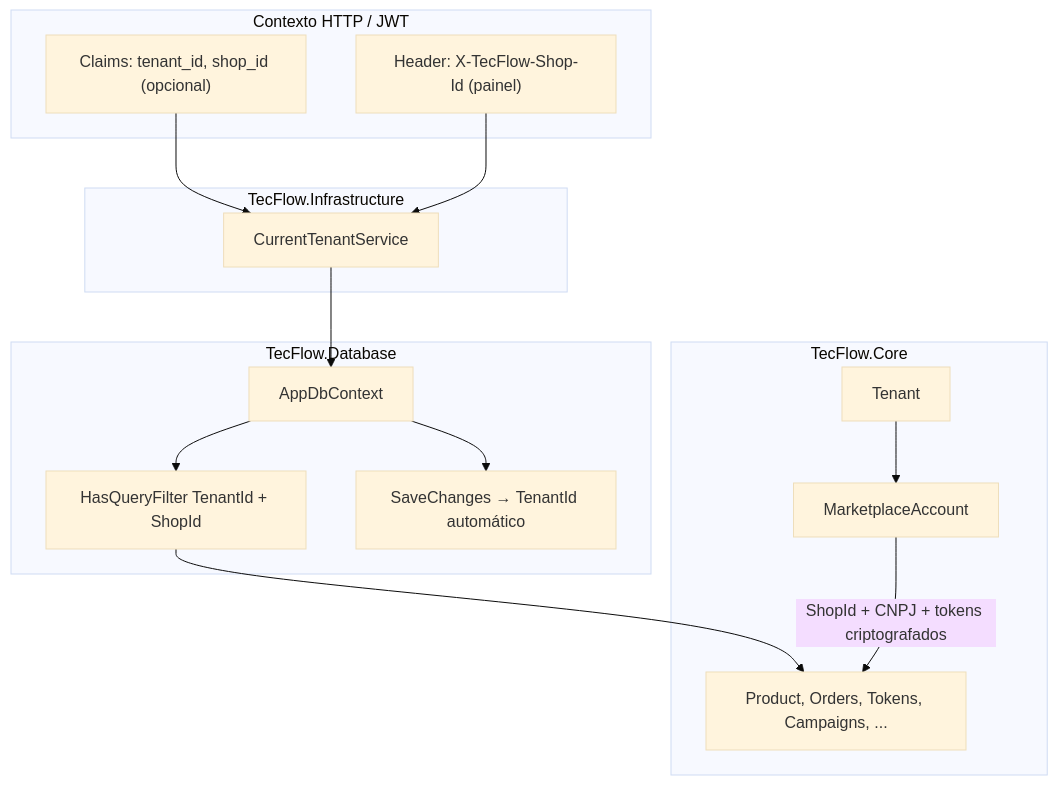
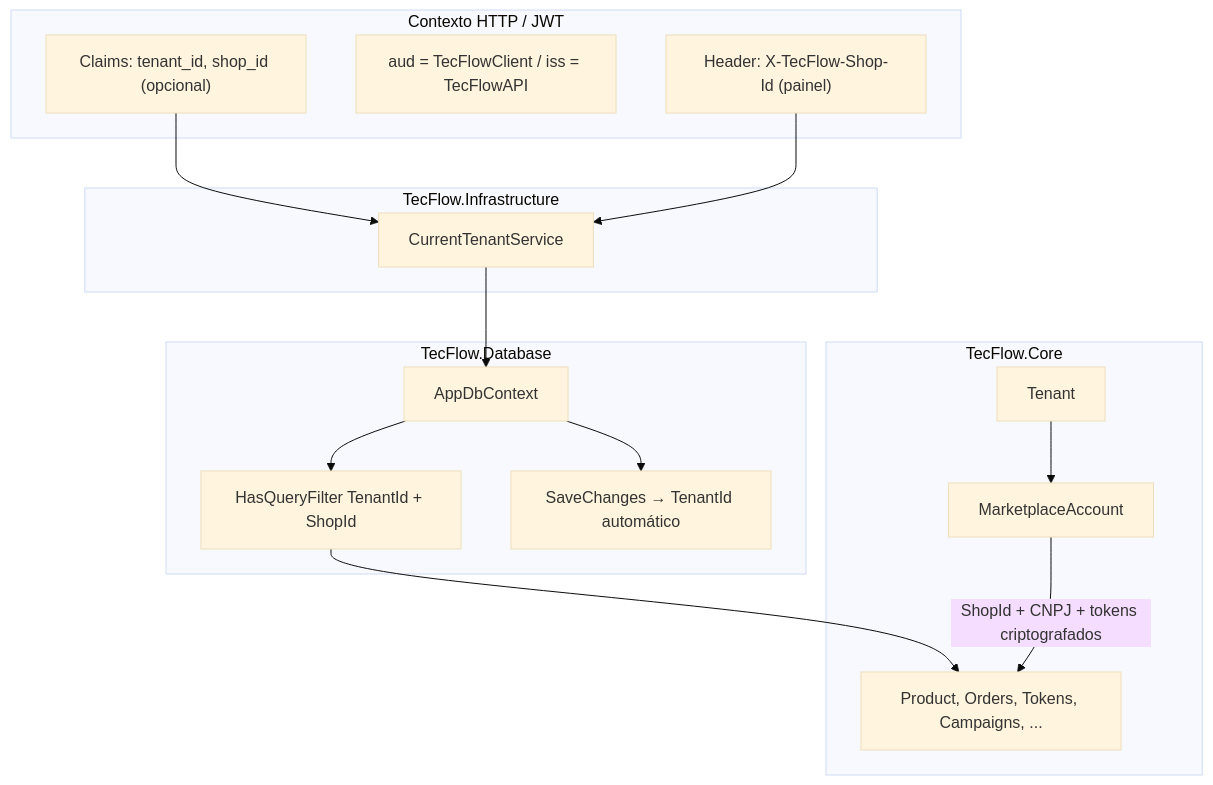
One commit to ronyaraujodeveloper/TecFlow changed diagram 15 of 16 in docs/DIAGRAMAS_ARQUITETURA.md. Above: the diagram before and after it, drawn with Mermaid (base theme). The commit also changed 13 other files, not shown here.

Commit message:
fix(api): aceita audience JWT TecFlowClient no Bearer

````diff
--- a/docs/DIAGRAMAS_ARQUITETURA.md
+++ b/docs/DIAGRAMAS_ARQUITETURA.md
@@ -1089,32 +1089,33 @@
 ```mermaid
 flowchart TB
   subgraph JWT["Contexto HTTP / JWT"]
     Claims["Claims: tenant_id, shop_id (opcional)"]
+    Aud["aud = TecFlowClient / iss = TecFlowAPI"]
     Header["Header: X-TecFlow-Shop-Id (painel)"]
   end
 
   subgraph Infra["TecFlow.Infrastructure"]
     CTS[CurrentTenantService]
   end
 
   subgraph DB["TecFlow.Database"]
     CTX[AppDbContext]
     QF[HasQueryFilter TenantId + ShopId]
     SC[SaveChanges → TenantId automático]
   end
 
   subgraph Core["TecFlow.Core"]
     T[Tenant]
     MA[MarketplaceAccount]
     ENT[Product, Orders, Tokens, Campaigns, ...]
   end
 
   Claims --> CTS
   Header --> CTS
   CTS --> CTX
   CTX --> QF
   CTX --> SC
   QF --> ENT
   T --> MA
   MA -->|ShopId + CNPJ + tokens criptografados| ENT
 ```
````
